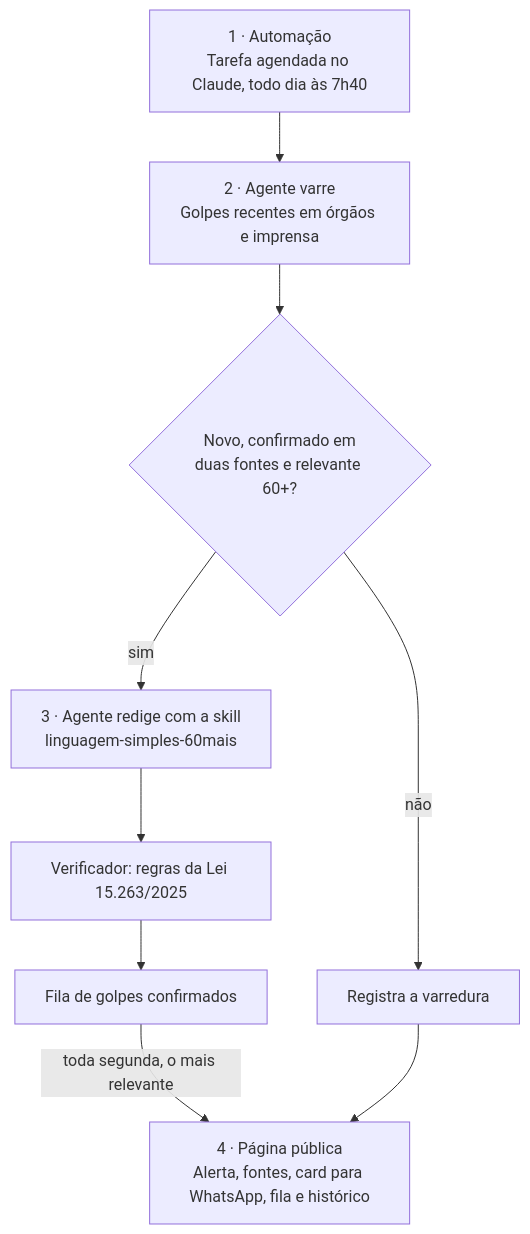
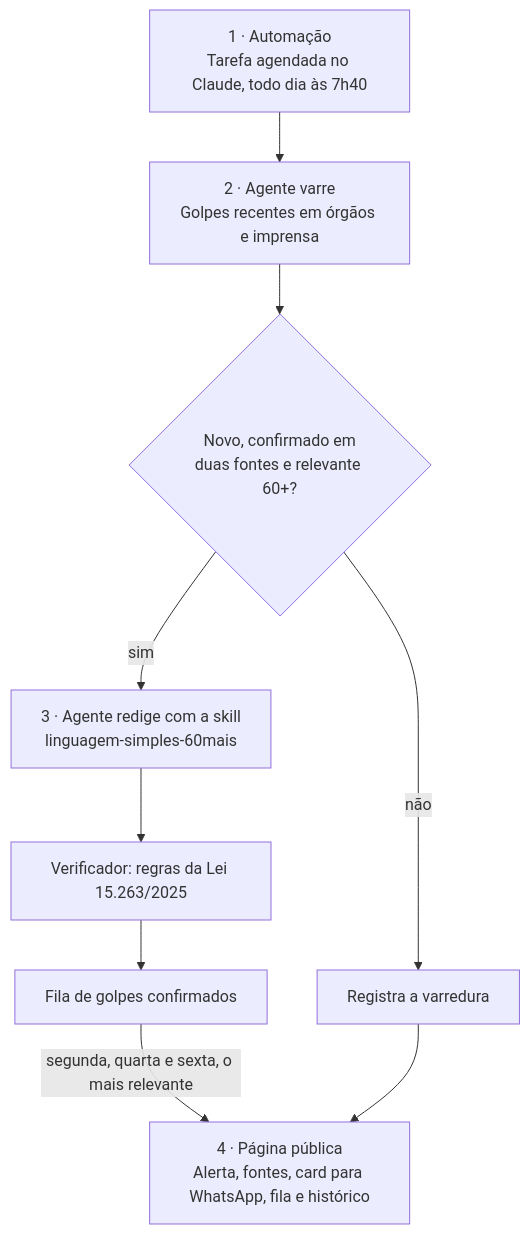
Before and after one commit to MFraza73/sentinela-60mais: the diagram in 01-pitch/pitch.md, drawn with Mermaid. The commit also changed other lines of this file and 19 other files, not shown here.

First line of the commit message:
Publicação na segunda, na quarta e na sexta; temas da época; reserva de recorrentes; É golpe ou não? aos sábados

````diff
--- a/01-pitch/pitch.md
+++ b/01-pitch/pitch.md
@@ -86,11 +86,11 @@
 ```mermaid
 flowchart TD
     A["1 · Automação<br/>Tarefa agendada no Claude, todo dia às 7h40"] --> B["2 · Agente varre<br/>Golpes recentes em órgãos e imprensa"]
     B --> C{"Novo, confirmado em<br/>duas fontes e relevante 60+?"}
     C -- não --> D["Registra a varredura"]
     C -- sim --> E["3 · Agente redige com a skill<br/>linguagem-simples-60mais"]
     E --> F["Verificador: regras da Lei 15.263/2025"]
     F --> Q["Fila de golpes confirmados"]
-    Q -->|"toda segunda, o mais relevante"| G["4 · Página pública<br/>Alerta, fontes, card para WhatsApp, fila e histórico"]
+    Q -->|"segunda, quarta e sexta, o mais relevante"| G["4 · Página pública<br/>Alerta, fontes, card para WhatsApp, fila e histórico"]
     D --> G
 ```
````
